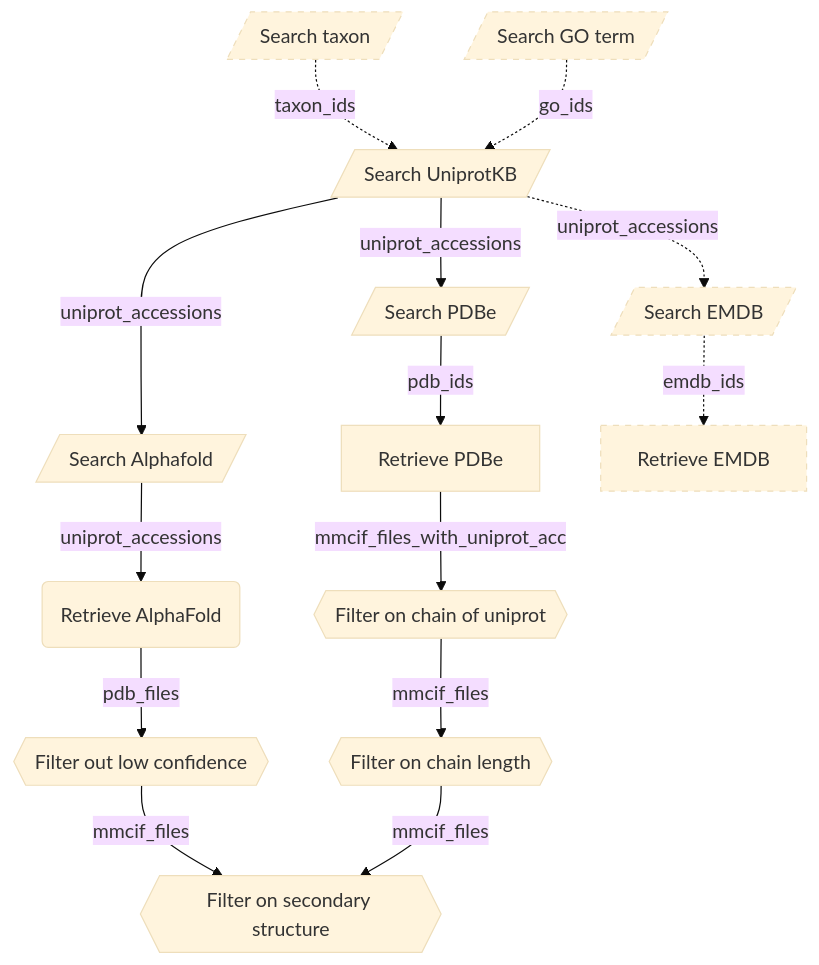
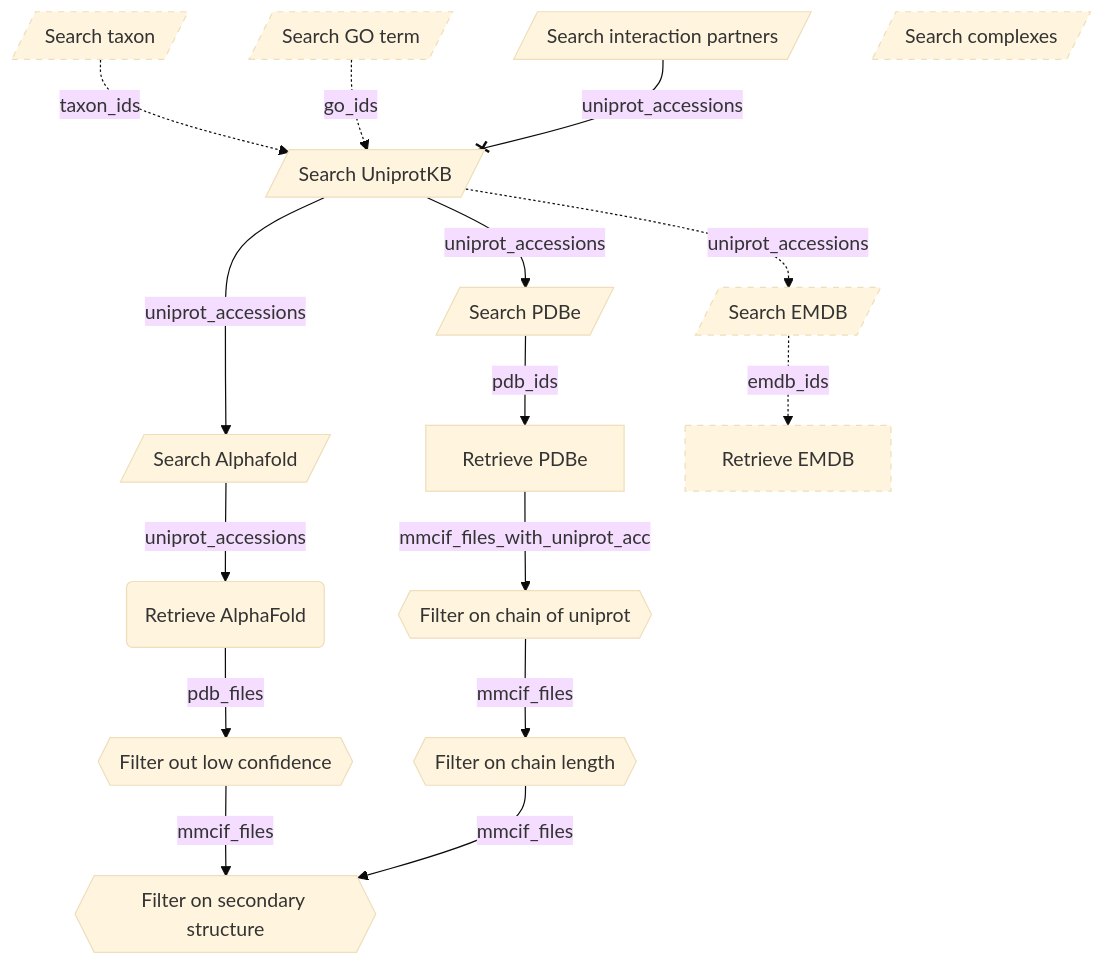
One commit to haddocking/protein-quest changed the diagram in README.md. Above: the diagram before and after it, drawn with Mermaid (base theme). The commit also changed other lines of this file and 1 other file, not shown here.

Commit message:
Add `search interaction-partners` and `search complexes` sub commands.

````diff
--- a/README.md
+++ b/README.md
@@ -22,21 +22,24 @@
 ```mermaid
 graph TB;
     taxonomy[/Search taxon/] -. taxon_ids .-> searchuniprot[/Search UniprotKB/]
     goterm[/Search GO term/] -. go_ids .-> searchuniprot[/Search UniprotKB/]
     searchuniprot --> |uniprot_accessions|searchpdbe[/Search PDBe/]
     searchuniprot --> |uniprot_accessions|searchaf[/Search Alphafold/]
     searchuniprot -. uniprot_accessions .-> searchemdb[/Search EMDB/]
+    searchintactionpartners[/Search interaction partners/] --x |uniprot_accessions|searchuniprot
+    searchcomplexes[/Search complexes/]
     searchpdbe -->|pdb_ids|fetchpdbe[Retrieve PDBe]
     searchaf --> |uniprot_accessions|fetchad(Retrieve AlphaFold)
     searchemdb -. emdb_ids .->fetchemdb[Retrieve EMDB]
     fetchpdbe -->|mmcif_files_with_uniprot_acc| chainfilter{{Filter on chain of uniprot}}
     chainfilter --> |mmcif_files| residuefilter{{Filter on chain length}}
     fetchad -->|pdb_files| confidencefilter{{Filter out low confidence}}
     confidencefilter --> |mmcif_files| ssfilter{{Filter on secondary structure}}
     residuefilter --> |mmcif_files| ssfilter
     classDef dashedBorder stroke-dasharray: 5 5;
     goterm:::dashedBorder
     taxonomy:::dashedBorder
     searchemdb:::dashedBorder
     fetchemdb:::dashedBorder
+    searchcomplexes:::dashedBorder
 ```
````
